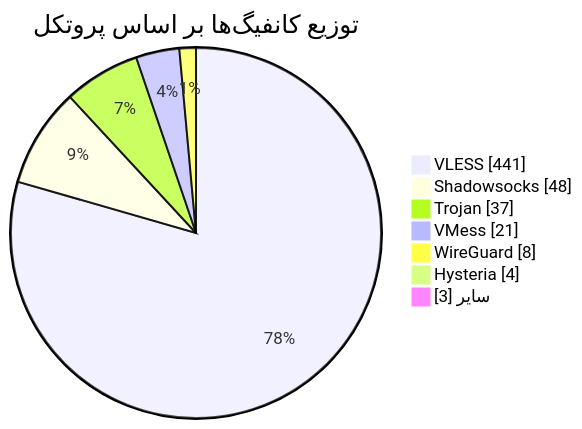
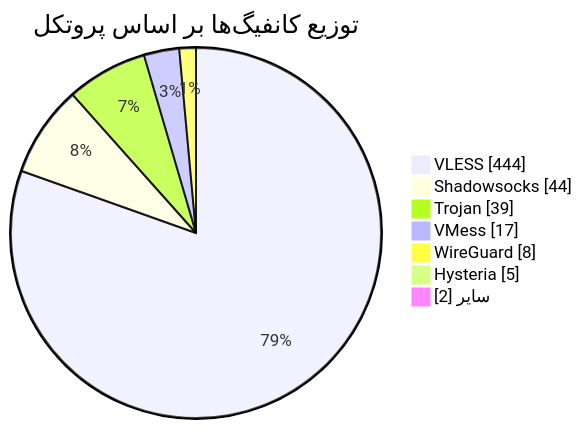
Before and after one commit to Arian-Alijani/Somthing: the diagram in README.md, drawn with Mermaid. The commit also changed other lines of this file and 83 other files, not shown here.

````diff
--- a/README.md
+++ b/README.md
@@ -49,11 +49,11 @@
 ```mermaid
 pie showData
     title توزیع کانفیگ‌ها بر اساس پروتکل
-    "VLESS" : 441
-    "Shadowsocks" : 48
-    "Trojan" : 37
-    "VMess" : 21
+    "VLESS" : 444
+    "Shadowsocks" : 44
+    "Trojan" : 39
+    "VMess" : 17
     "WireGuard" : 8
-    "Hysteria" : 4
-    "سایر" : 3
+    "Hysteria" : 5
+    "سایر" : 2
 ```
````
